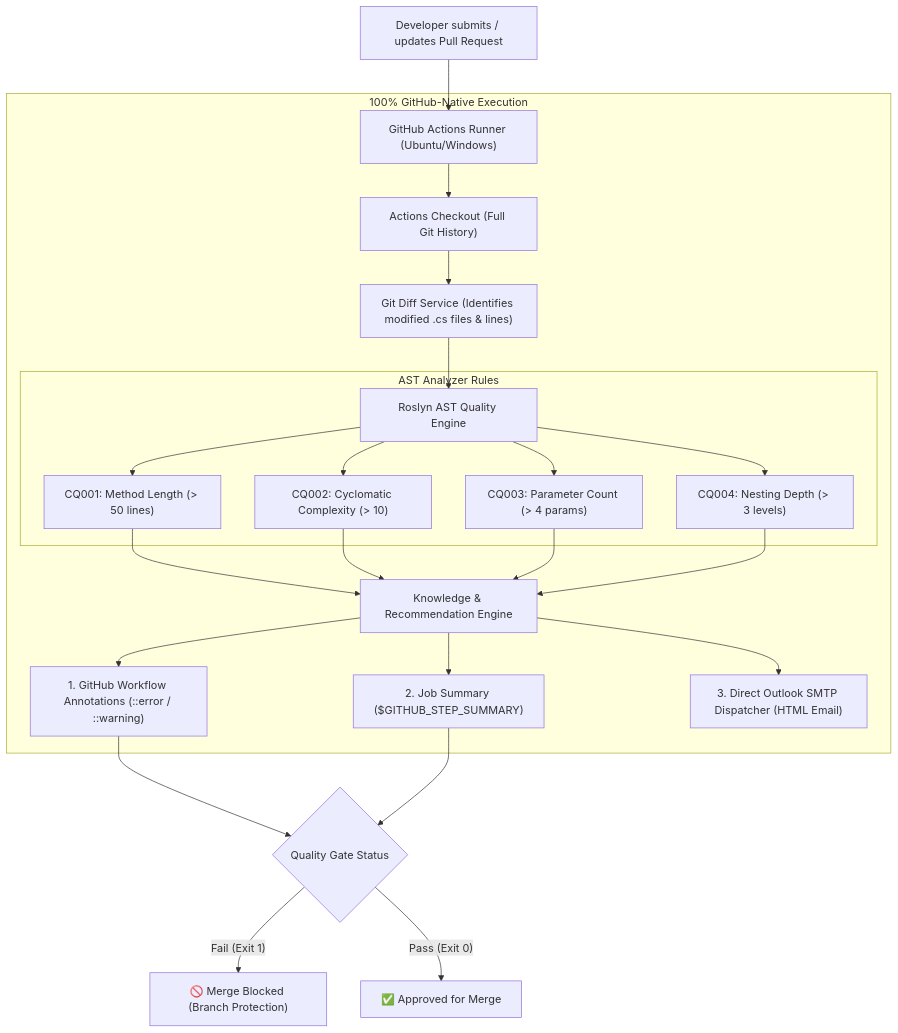
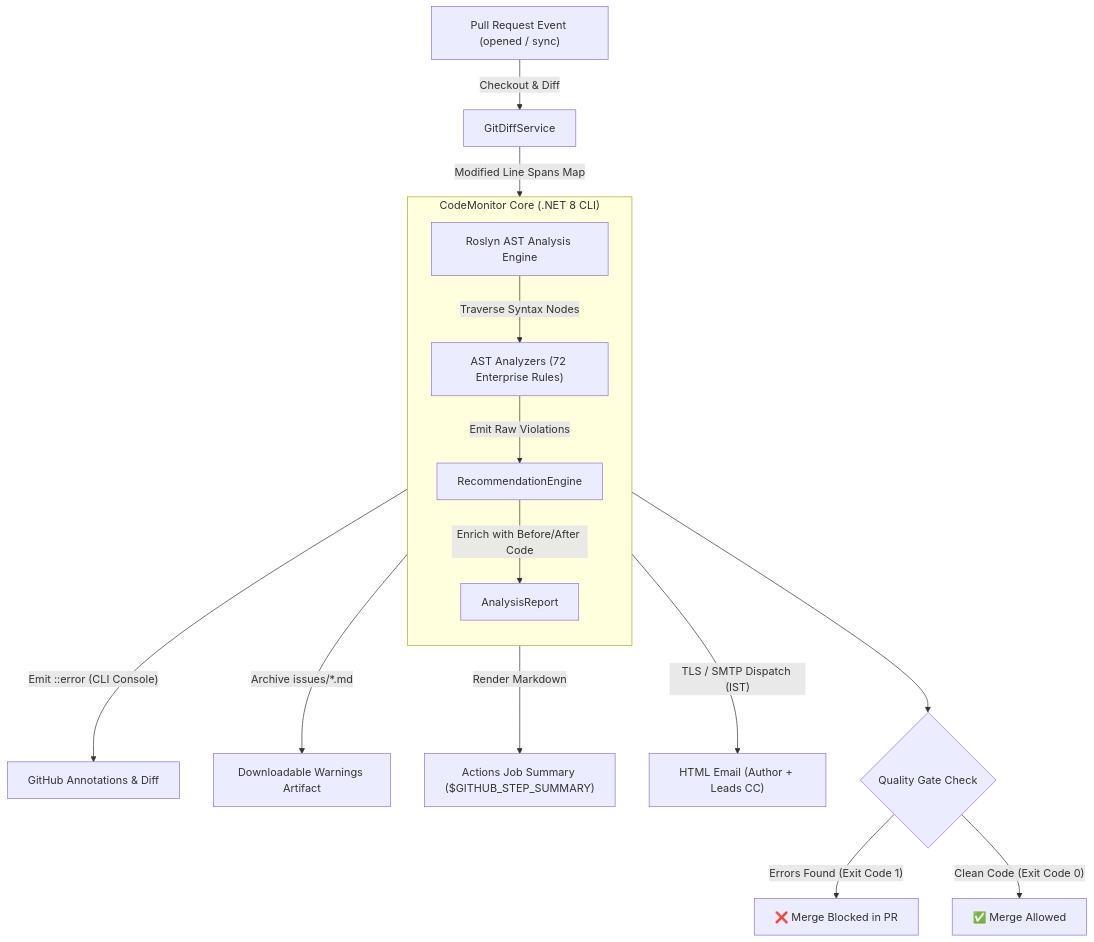
The diagram in README.md (kushal-titan/github_codereview), drawn with Mermaid before and after one commit. The commit also changed other lines of this file, not shown here.

Commit message:
docs: update comprehensive project documentation for current workflow

````diff
--- a/README.md
+++ b/README.md
@@ -9,25 +18,21 @@
 ```mermaid
 flowchart TD
-    A["Developer submits / updates Pull Request"] --> B["GitHub Actions Runner (Ubuntu/Windows)"]
-    subgraph "100% GitHub-Native Execution"
-        B --> C["Actions Checkout (Full Git History)"]
-        C --> D["Git Diff Service (Identifies modified .cs files & lines)"]
-        D --> E["Roslyn AST Quality Engine"]
-        
-        subgraph "AST Analyzer Rules"
-            E --> R1["CQ001: Method Length (> 50 lines)"]
-            E --> R2["CQ002: Cyclomatic Complexity (> 10)"]
-            E --> R3["CQ003: Parameter Count (> 4 params)"]
-            E --> R4["CQ004: Nesting Depth (> 3 levels)"]
-        end
-        
-        R1 & R2 & R3 & R4 --> K["Knowledge & Recommendation Engine"]
-        K --> G1["1. GitHub Workflow Annotations (::error / ::warning)"]
-        K --> G2["2. Job Summary ($GITHUB_STEP_SUMMARY)"]
-        K --> G3["3. Direct Outlook SMTP Dispatcher (HTML Email)"]
+    A["Pull Request Event (opened / sync)"] -->|"Checkout & Diff"| B["GitDiffService"]
+    B -->|"Modified Line Spans Map"| C["Roslyn AST Analysis Engine"]
+    
+    subgraph Code_Monitor_Engine ["CodeMonitor Core (.NET 8 CLI)"]
+        direction TB
+        C -->|"Traverse Syntax Nodes"| D["AST Analyzers (72 Enterprise Rules)"]
+        D -->|"Emit Raw Violations"| E["RecommendationEngine"]
+        E -->|"Enrich with Before/After Code"| F["AnalysisReport"]
     end
     
-    G1 & G2 --> Q{"Quality Gate Status"}
-    Q -- "Fail (Exit 1)" --> F["🚫 Merge Blocked (Branch Protection)"]
-    Q -- "Pass (Exit 0)" --> S["✅ Approved for Merge"]
+    F -->|"Emit ::error (CLI Console)"| G["GitHub Annotations & Diff"]
+    F -->|"Archive issues/*.md"| H["Downloadable Warnings Artifact"]
+    F -->|"Render Markdown"| I["Actions Job Summary ($GITHUB_STEP_SUMMARY)"]
+    F -->|"TLS / SMTP Dispatch (IST)"| J["HTML Email (Author + Leads CC)"]
+    
+    F --> K{"Quality Gate Check"}
+    K -->|"Errors Found (Exit Code 1)"| L["❌ Merge Blocked in PR"]
+    K -->|"Clean Code (Exit Code 0)"| M["✅ Merge Allowed"]
 ```
````
